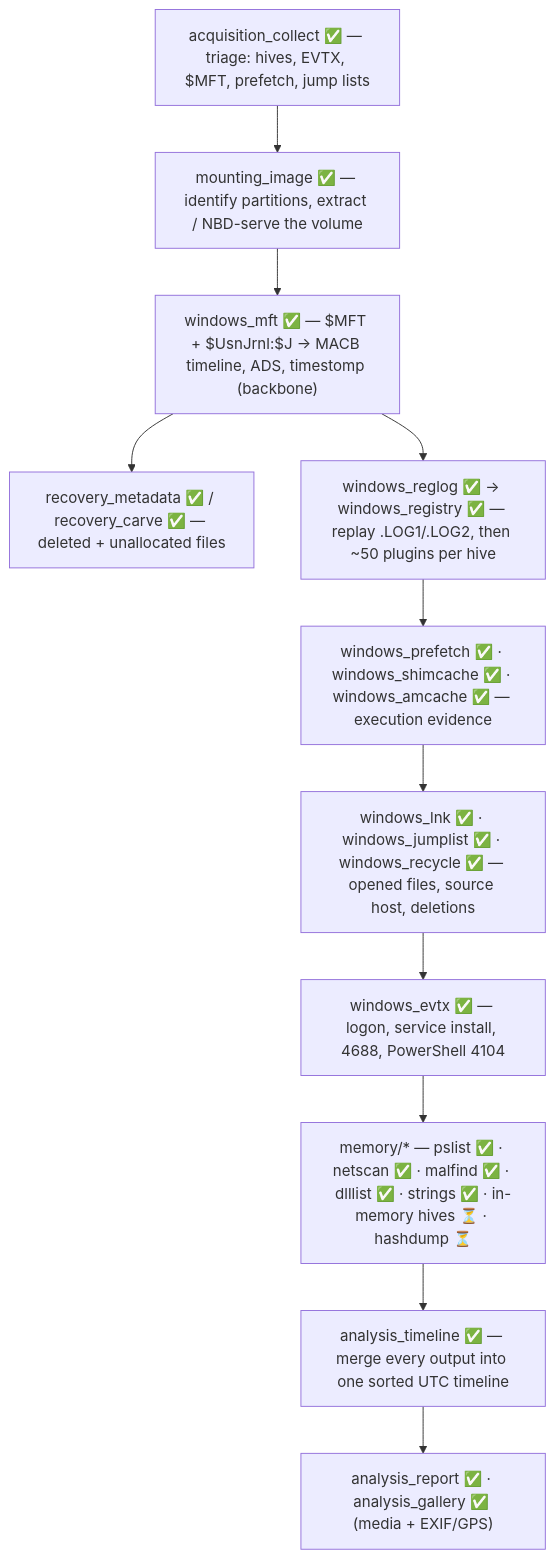
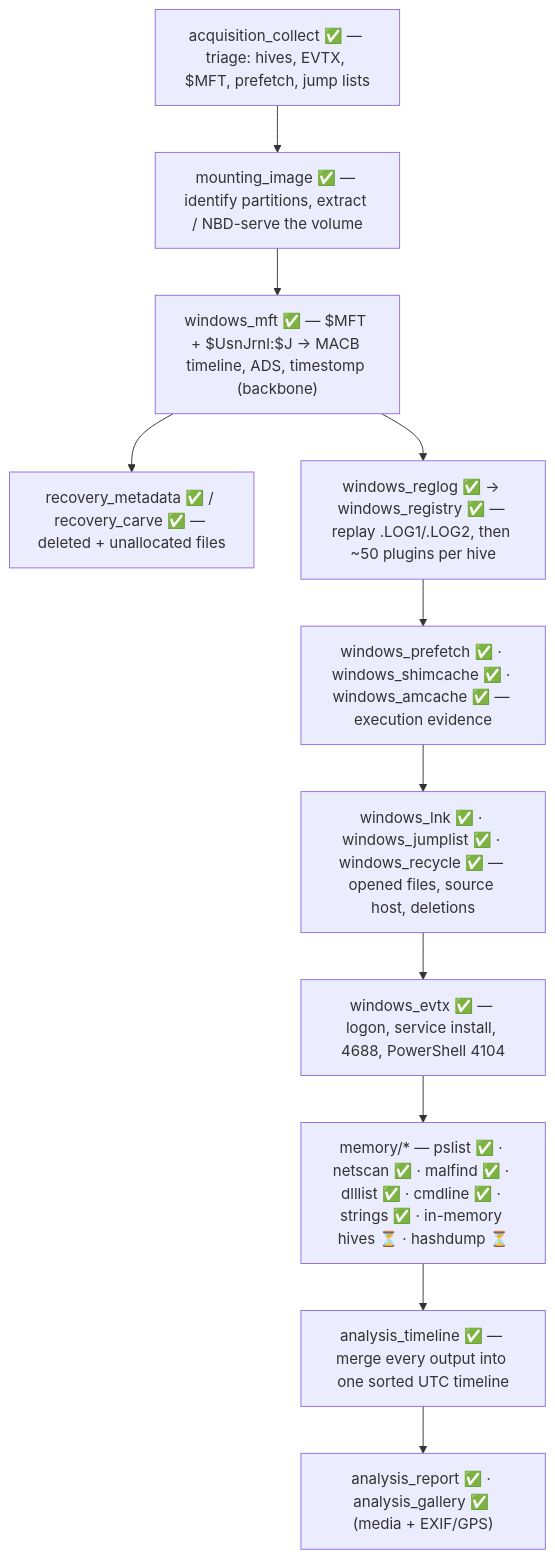
One commit to mostafaimam/Forensics-Tools changed the second of 4 diagrams in README.md. Above: the diagram before and after it, drawn with Mermaid. The commit also changed other lines of this file and 18 other files, not shown here.

````diff
--- a/README.md
+++ b/README.md
@@ -145,13 +146,13 @@
 ```mermaid
 flowchart TD
     A["acquisition_collect ✅ — triage: hives, EVTX, $MFT, prefetch, jump lists"] --> B["mounting_image ✅ — identify partitions, extract / NBD-serve the volume"]
     B --> C["windows_mft ✅ — $MFT + $UsnJrnl:$J → MACB timeline, ADS, timestomp (backbone)"]
     C --> RC["recovery_metadata ✅ / recovery_carve ✅ — deleted + unallocated files"]
     C --> D["windows_reglog ✅ → windows_registry ✅ — replay .LOG1/.LOG2, then ~50 plugins per hive"]
     D --> E["windows_prefetch ✅ · windows_shimcache ✅ · windows_amcache ✅ — execution evidence"]
     E --> F["windows_lnk ✅ · windows_jumplist ✅ · windows_recycle ✅ — opened files, source host, deletions"]
     F --> G["windows_evtx ✅ — logon, service install, 4688, PowerShell 4104"]
-    G --> H["memory/* — pslist ✅ · netscan ✅ · malfind ✅ · dlllist ✅ · strings ✅ · in-memory hives ⏳ · hashdump ⏳"]
+    G --> H["memory/* — pslist ✅ · netscan ✅ · malfind ✅ · dlllist ✅ · cmdline ✅ · strings ✅ · in-memory hives ⏳ · hashdump ⏳"]
     H --> I["analysis_timeline ✅ — merge every output into one sorted UTC timeline"]
     I --> J["analysis_report ✅ · analysis_gallery ✅ (media + EXIF/GPS)"]
 ```
````
